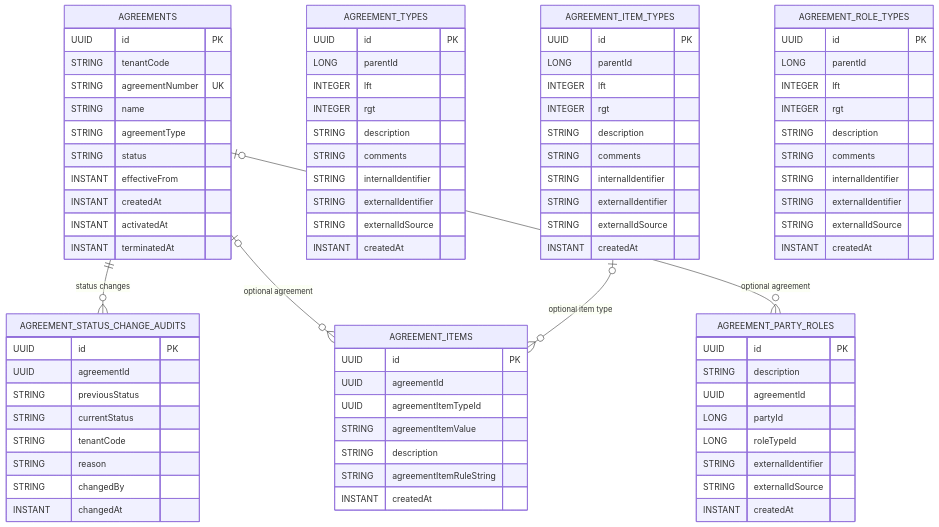
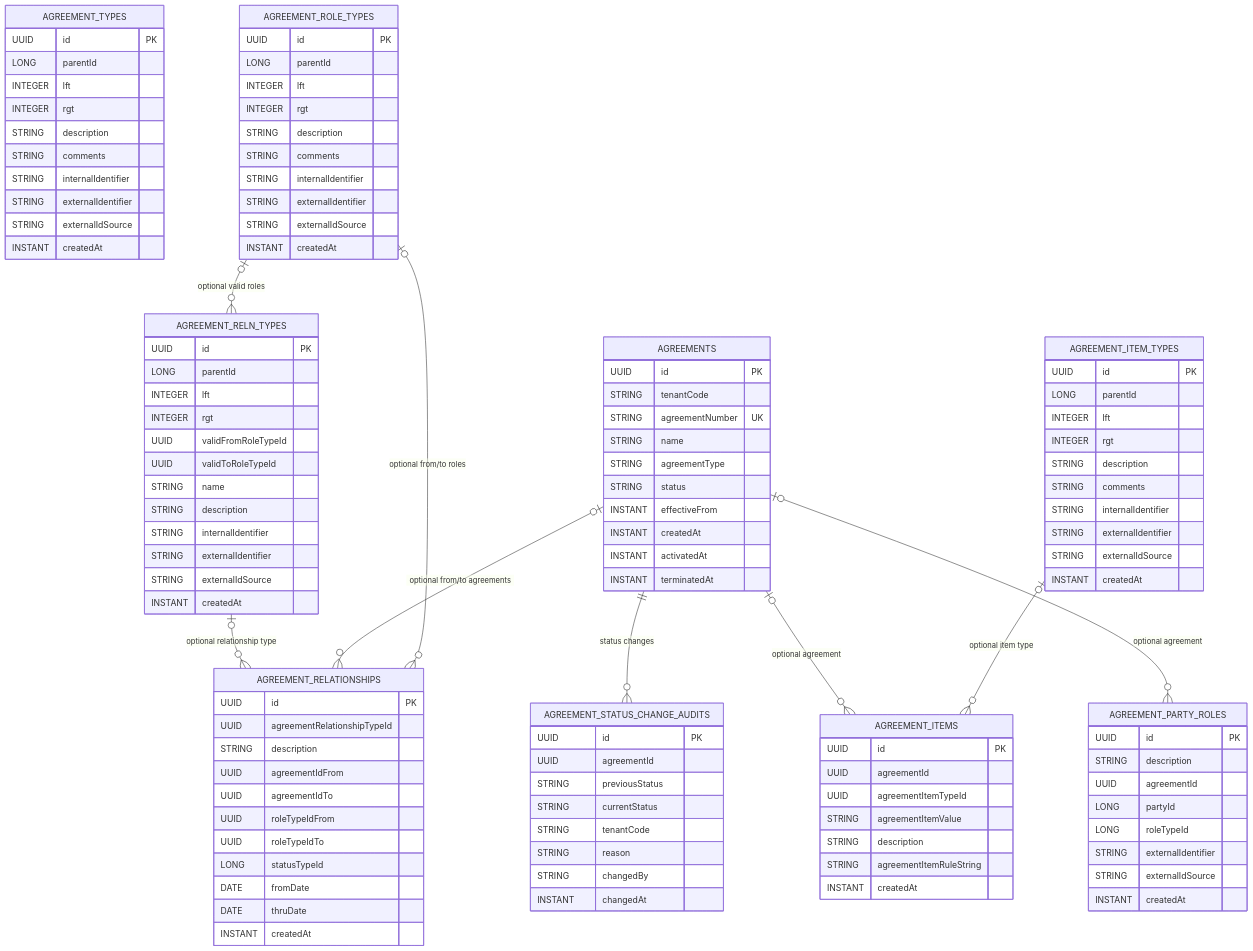
The diagram in docs/agreements-data-model.md (ArcanaERP/platform), drawn with Mermaid before and after one commit. The commit also changed other lines of this file and 18 other files, not shown here.

Commit message:
Add agreement relationship parity

````diff
--- a/docs/agreements-data-model.md
+++ b/docs/agreements-data-model.md
@@ -83,8 +83,39 @@
       STRING externalIdSource
       INSTANT createdAt
     }
+    AGREEMENT_RELN_TYPES {
+      UUID id PK
+      LONG parentId
+      INTEGER lft
+      INTEGER rgt
+      UUID validFromRoleTypeId
+      UUID validToRoleTypeId
+      STRING name
+      STRING description
+      STRING internalIdentifier
+      STRING externalIdentifier
+      STRING externalIdSource
+      INSTANT createdAt
+    }
+    AGREEMENT_RELATIONSHIPS {
+      UUID id PK
+      UUID agreementRelationshipTypeId
+      STRING description
+      UUID agreementIdFrom
+      UUID agreementIdTo
+      UUID roleTypeIdFrom
+      UUID roleTypeIdTo
+      LONG statusTypeId
+      DATE fromDate
+      DATE thruDate
+      INSTANT createdAt
+    }
     AGREEMENTS ||--o{ AGREEMENT_STATUS_CHANGE_AUDITS : "status changes"
     AGREEMENTS o|--o{ AGREEMENT_ITEMS : "optional agreement"
     AGREEMENT_ITEM_TYPES o|--o{ AGREEMENT_ITEMS : "optional item type"
     AGREEMENTS o|--o{ AGREEMENT_PARTY_ROLES : "optional agreement"
+    AGREEMENT_ROLE_TYPES o|--o{ AGREEMENT_RELN_TYPES : "optional valid roles"
+    AGREEMENT_RELN_TYPES o|--o{ AGREEMENT_RELATIONSHIPS : "optional relationship type"
+    AGREEMENTS o|--o{ AGREEMENT_RELATIONSHIPS : "optional from/to agreements"
+    AGREEMENT_ROLE_TYPES o|--o{ AGREEMENT_RELATIONSHIPS : "optional from/to roles"
 ```
````
